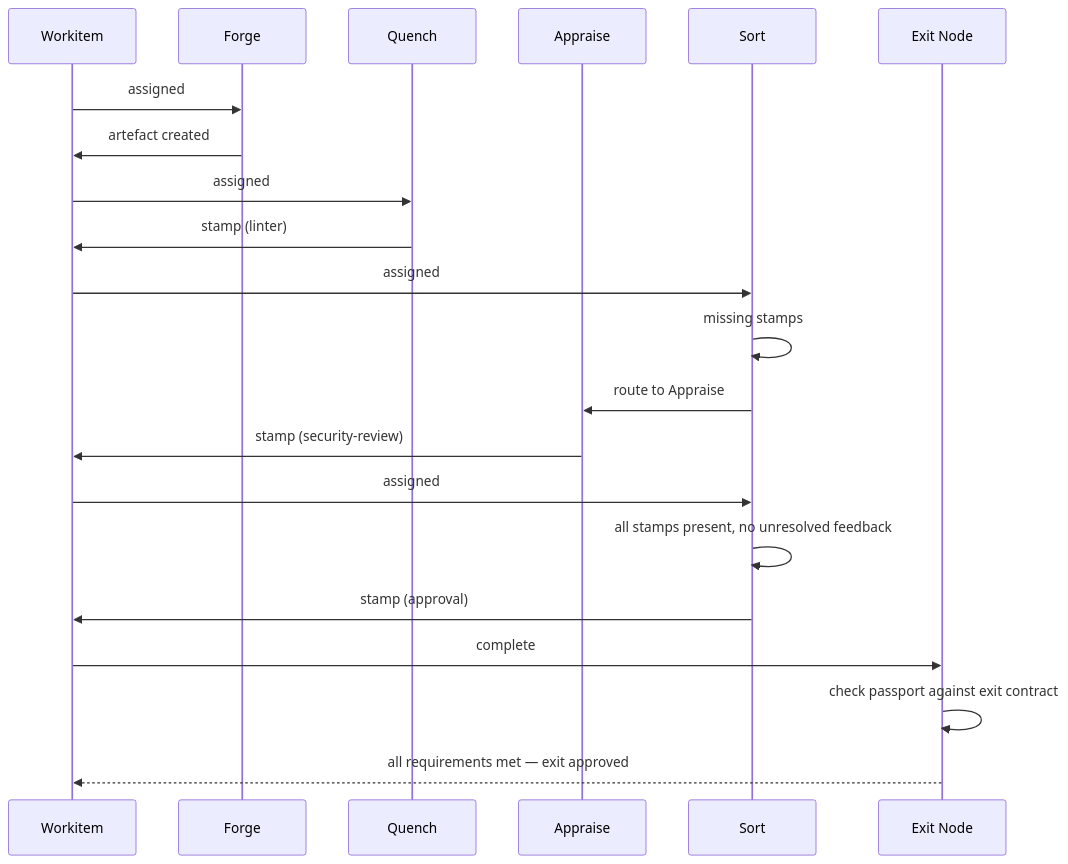
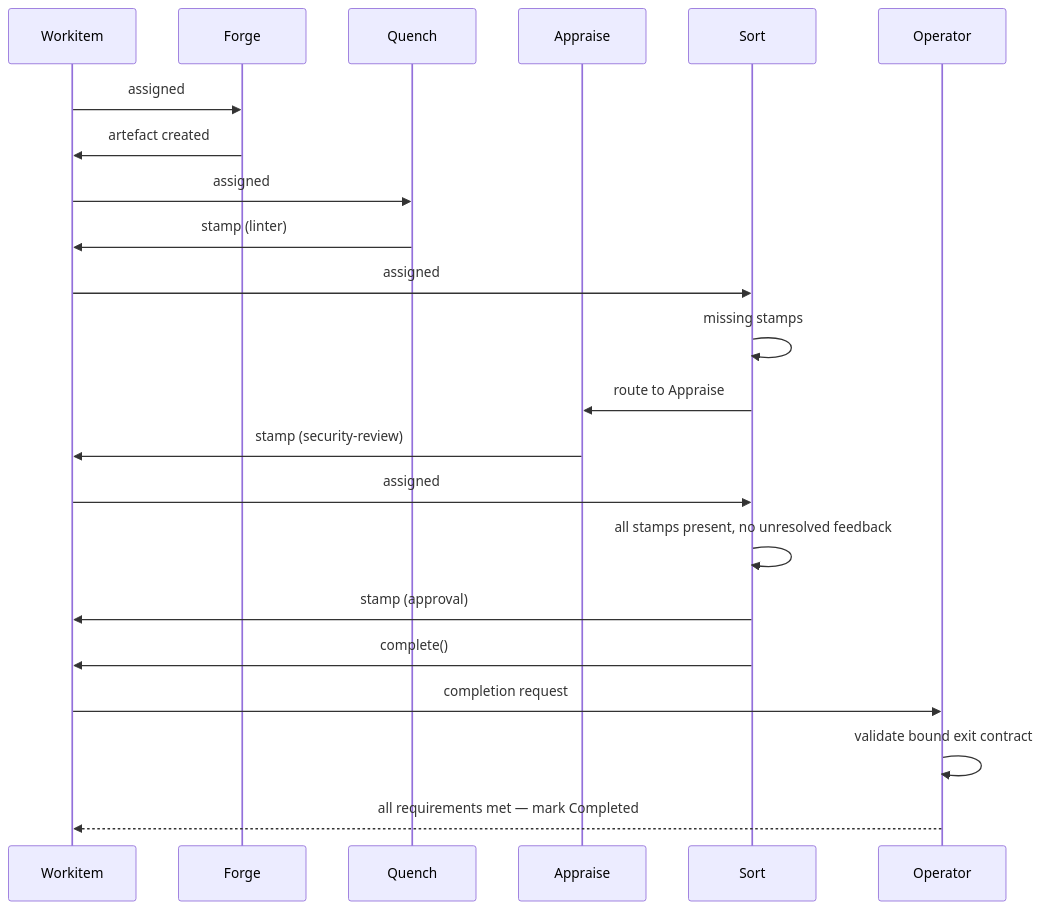
One commit to really-knows-ai/gideas changed the third of 4 diagrams in 01-concepts/00-overview.md. Above: the diagram before and after it, drawn with Mermaid. The commit also changed other lines of this file, not shown here.

Commit message:
docs(spec): align exit contract validation with operator

````diff
--- a/01-concepts/00-overview.md
+++ b/01-concepts/00-overview.md
@@ -177,24 +177,25 @@
 ```mermaid
 sequenceDiagram
     participant W as Workitem
     participant F as Forge
     participant Q as Quench
     participant A as Appraise
     participant S as Sort
-    participant T as Exit Node
+    participant O as Operator
 
     W->>F: assigned
     F->>W: artefact created
     W->>Q: assigned
     Q->>W: stamp (linter)
     W->>S: assigned
     S->>S: missing stamps
     S->>A: route to Appraise
     A->>W: stamp (security-review)
     W->>S: assigned
     S->>S: all stamps present, no unresolved feedback
     S->>W: stamp (approval)
-    W->>T: complete
-    T->>T: check passport against exit contract
-    T-->>W: all requirements met — exit approved
+    S->>W: complete()
+    W->>O: completion request
+    O->>O: validate bound exit contract
+    O-->>W: all requirements met — mark Completed
 ```
````
